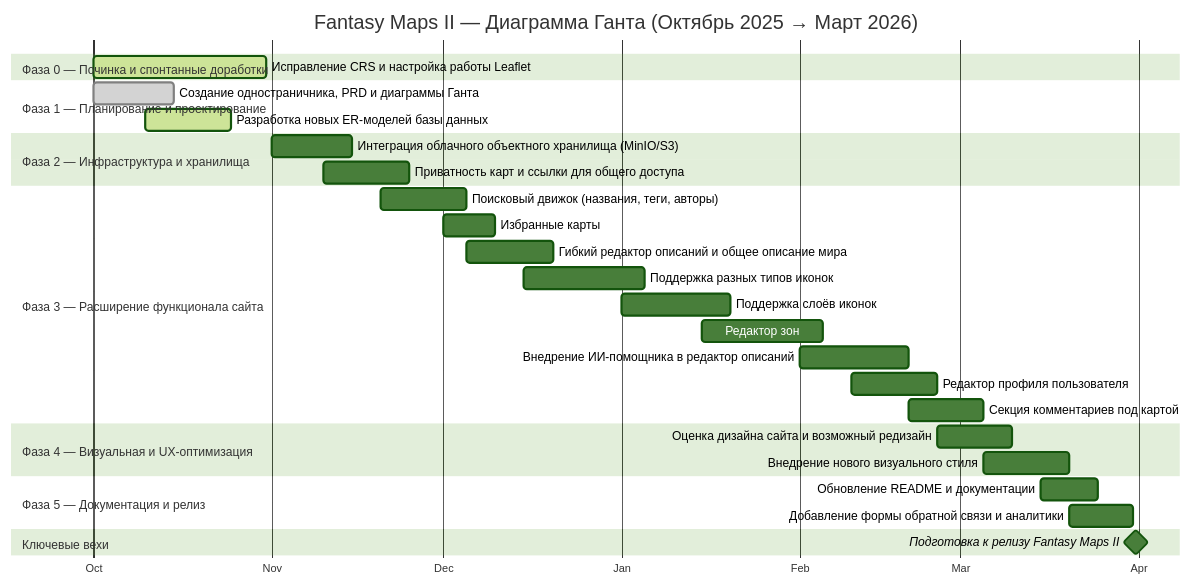
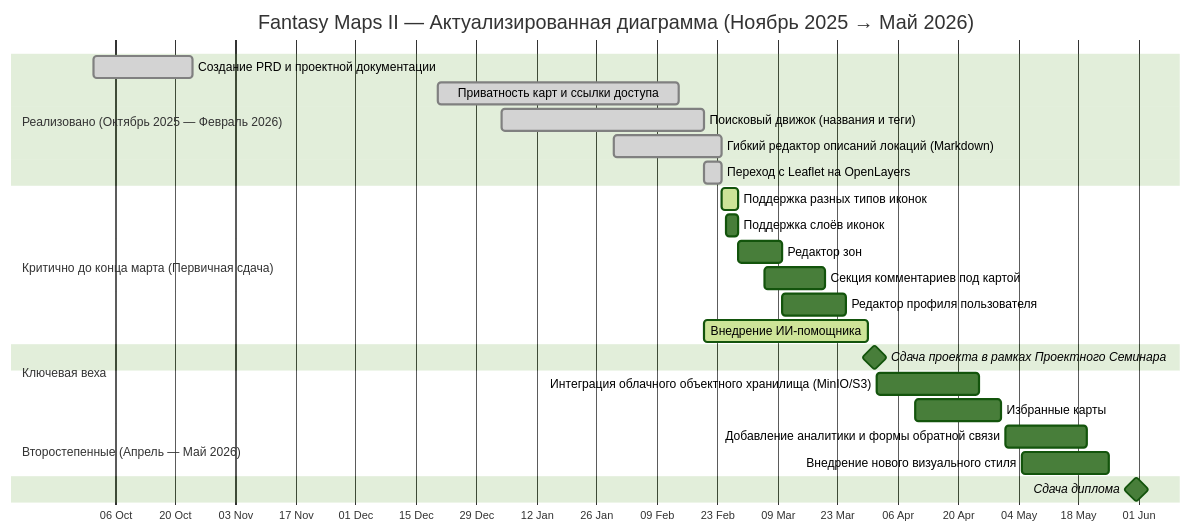
Before and after one commit to se7ensnow/fantasy-map: the diagram in docs/gantt_2.mmd, drawn with Mermaid (forest theme). The commit also changed 11 other files, not shown here.

Commit message:
Implemented OpenLayers and fixed minor bugs

```diff
--- a/docs/gantt_2.mmd
+++ b/docs/gantt_2.mmd
@@ -1,36 +1,33 @@
 gantt
-    title Fantasy Maps II — Диаграмма Ганта (Октябрь 2025 → Март 2026)
+    title Fantasy Maps II — Актуализированная диаграмма (Ноябрь 2025 → Май 2026)
     dateFormat  YYYY-MM-DD
-    axisFormat  %b
+    tickInterval 2week
+    weekday monday
+    axisFormat  %d %b
 
-    section Фаза 0 — Починка и спонтанные доработки
-    Исправление CRS и настройка работы Leaflet              :active, task1, 2025-10-01, 2025-10-31
-    section Фаза 1 — Планирование и проектирование
-    Создание одностраничника, PRD и диаграммы Ганта        :done, task2, 2025-10-01, 2025-10-15
-    Разработка новых ER-моделей базы данных                 :active, task3, 2025-10-10, 2025-10-25
+    section Реализовано (Октябрь 2025 — Февраль 2026)
+    Создание PRD и проектной документации                   :done, task1, 2025-10-01, 2025-10-24
+    Приватность карт и ссылки доступа                       :done, task2, 2025-12-20, 2026-02-14
+    Поисковый движок (названия и теги)                      :done, task3, 2026-01-04, 2026-02-20
+    Гибкий редактор описаний локаций (Markdown)             :done, task4, 2026-01-30, 2026-02-24
+    Переход с Leaflet на OpenLayers                         :done, task5, 2026-02-20, 2026-02-24
 
-    section Фаза 2 — Инфраструктура и хранилища
-    Интеграция облачного объектного хранилища (MinIO/S3)    :task4, 2025-11-01, 2025-11-15
-    Приватность карт и ссылки для общего доступа            :task5, 2025-11-10, 2025-11-25
+    section Критично до конца марта (Первичная сдача)
+    Поддержка разных типов иконок                           :active, task6, 2026-02-24, 2026-02-28
+    Поддержка слоёв иконок                                  :task7, 2026-02-25, 2026-02-28
+    Редактор зон                                            :task8, 2026-02-28, 2026-03-10
+    Секция комментариев под картой                          :task9, 2026-03-06, 2026-03-20
+    Редактор профиля пользователя                           :task10, 2026-03-10, 2026-03-25
+    Внедрение ИИ-помощника                                  :active, task11, 2026-02-20, 2026-03-30
 
-    section Фаза 3 — Расширение функционала сайта
-    Поисковый движок (названия, теги, авторы)               :task6, 2025-11-20, 2025-12-05
-    Избранные карты                                         :task7, 2025-12-01, 2025-12-10
-    Гибкий редактор описаний и общее описание мира          :task8, 2025-12-05, 2025-12-20
-    Поддержка разных типов иконок                           :task9, 2025-12-15, 2026-01-05
-    Поддержка слоёв иконок                                  :task10, 2026-01-01, 2026-01-20
-    Редактор зон                                            :task11, 2026-01-15, 2026-02-05
-    Внедрение ИИ-помощника в редактор описаний              :task12, 2026-02-01, 2026-02-20
-    Редактор профиля пользователя                           :task13, 2026-02-10, 2026-02-25
-    Секция комментариев под картой                          :task14, 2026-02-20, 2026-03-05
+    section Ключевая веха
+    Сдача проекта в рамках Проектного Семинара              :milestone, m1, 2026-03-31, 1d
 
-    section Фаза 4 — Визуальная и UX-оптимизация
-    Оценка дизайна сайта и возможный редизайн               :task15, 2026-02-25, 2026-03-10
-    Внедрение нового визуального стиля                      :task16, 2026-03-05, 2026-03-20
+    section Второстепенные (Апрель — Май 2026)
+    Интеграция облачного объектного хранилища (MinIO/S3)    :task12, 2026-04-01, 2026-04-25
+    Избранные карты                                         :task13, 2026-04-10, 2026-04-30
+    Добавление аналитики и формы обратной связи             :task14, 2026-05-01, 2026-05-20
+    Внедрение нового визуального стиля                      :task15, 2026-05-05, 2026-05-25
 
-    section Фаза 5 — Документация и релиз
-    Обновление README и документации                        :task17, 2026-03-15, 2026-03-25
-    Добавление формы обратной связи и аналитики             :task18, 2026-03-20, 2026-03-31
-
-    section Ключевые вехи
-    Подготовка к релизу Fantasy Maps II                     :milestone, m1, 2026-03-31, 1d
+    section Ключевая веха
+    Сдача диплома                                           :milestone, m1, 2026-05-31, 1d
```
